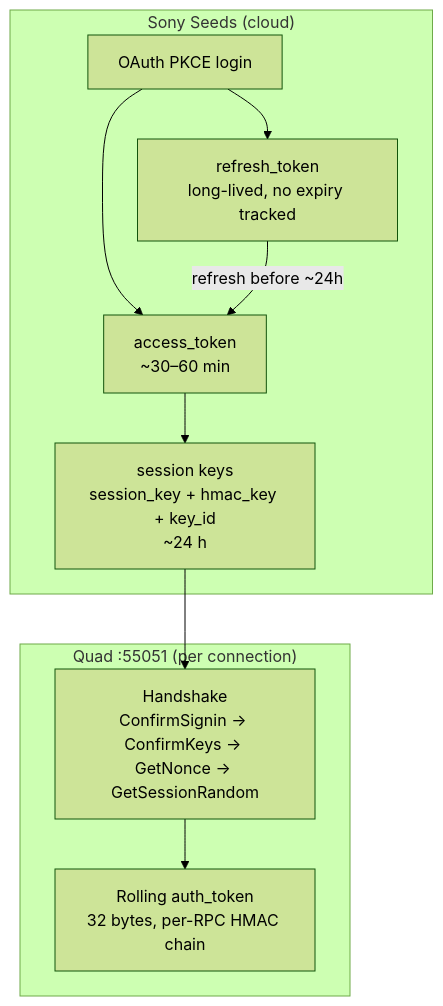
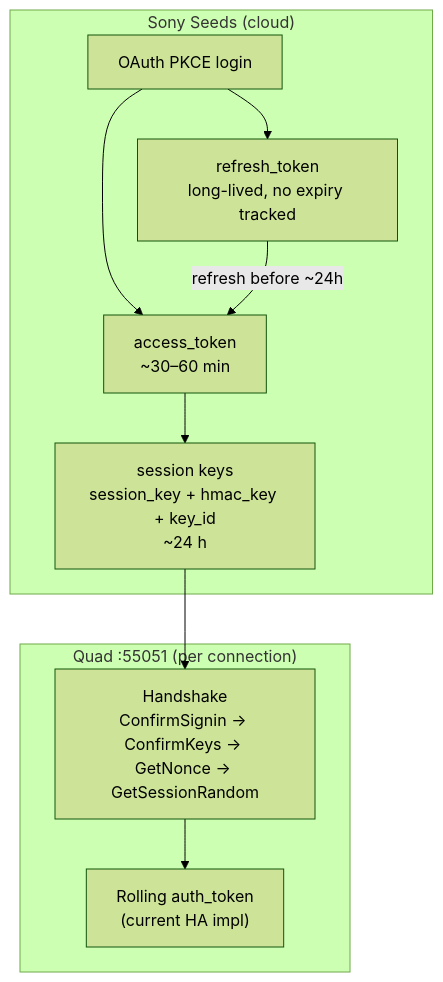
Before and after one commit to steamEngineer/bravia-quad-homeassistant: the diagram in docs/grpc-auth-lifecycle.md, drawn with Mermaid (forest theme). The commit also changed other lines of this file and 4 other files, not shown here.

````diff
--- a/docs/grpc-auth-lifecycle.md
+++ b/docs/grpc-auth-lifecycle.md
@@ -28,21 +30,21 @@
 ```mermaid
 flowchart TB
     subgraph cloud ["Sony Seeds (cloud)"]
         OAuth["OAuth PKCE login"]
         AT["access_token\n~30–60 min"]
         RT["refresh_token\nlong-lived, no expiry tracked"]
         SK["session keys\nsession_key + hmac_key + key_id\n~24 h"]
     end
 
     subgraph device ["Quad :55051 (per connection)"]
         HS["Handshake\nConfirmSignin → ConfirmKeys → GetNonce → GetSessionRandom"]
-        Roll["Rolling auth_token\n32 bytes, per-RPC HMAC chain"]
+        Roll["Rolling auth_token<br/>(current HA impl)"]
     end
 
     OAuth --> AT
     OAuth --> RT
     AT --> SK
     RT -->|"refresh before ~24h"| AT
     SK --> HS
     HS --> Roll
 ```
````
